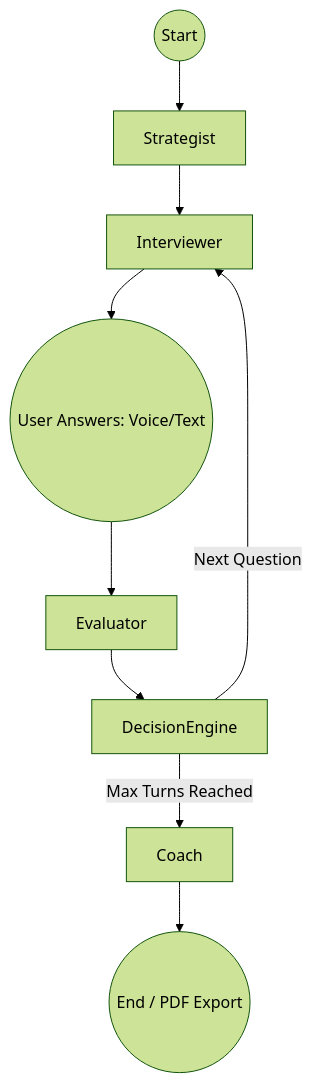
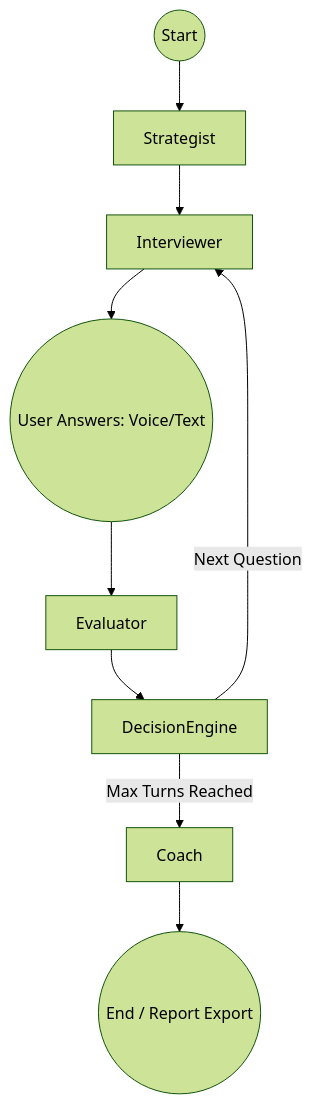
One commit to muskish/Interviewpilot changed the diagram in README.md. Above: the diagram before and after it, drawn with Mermaid (forest theme). The commit also changed other lines of this file, not shown here.

Commit message:
docs: update README.md to remove outdated PDF and fpdf2 references

````diff
--- a/README.md
+++ b/README.md
@@ -28,13 +28,13 @@
 ```mermaid
 graph TD
     Start((Start)) --> Strategist
     Strategist --> Interviewer
     Interviewer --> UserInput((User Answers: Voice/Text))
     UserInput --> Evaluator
     Evaluator --> DecisionEngine
     
     DecisionEngine -->|Next Question| Interviewer
     DecisionEngine -->|Max Turns Reached| Coach
     
-    Coach --> End((End / PDF Export))
+    Coach --> End((End / Report Export))
 ```
````
